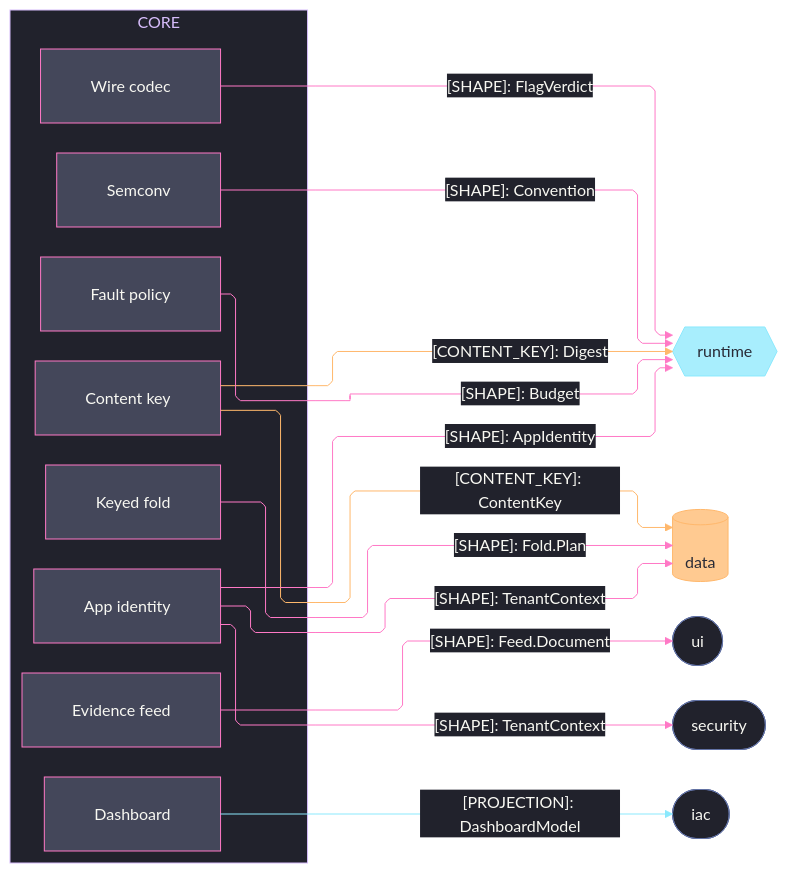
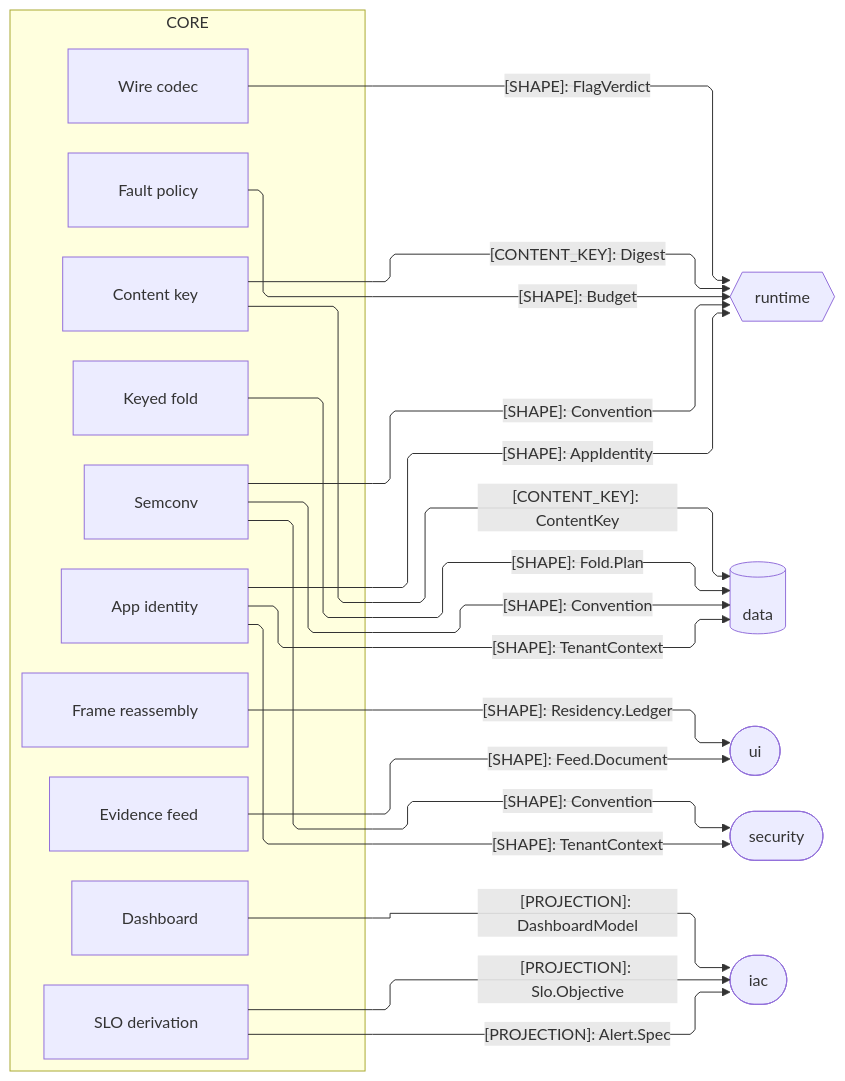
Before and after one commit to bsamiee/Rasm: the third of 3 diagrams in libs/typescript/core/ARCHITECTURE.md, drawn with Mermaid. The commit also changed other lines of this file and 460 other files, not shown here.

````diff
--- a/libs/typescript/core/ARCHITECTURE.md
+++ b/libs/typescript/core/ARCHITECTURE.md
@@ -209,71 +153,45 @@
 ```mermaid
 ---
 config:
-  theme: base
-  look: classic
   layout: elk
   flowchart:
     curve: linear
     padding: 25
-  themeVariables:
-    darkMode: true
-    fontFamily: "SF Mono, Menlo, Cascadia Mono, Segoe UI Mono, Consolas, monospace"
-    useGradient: false
-    dropShadow: "none"
-    background: "#282A36"
-    primaryColor: "#44475A"
-    primaryTextColor: "#F8F8F2"
-    primaryBorderColor: "#BD93F9"
-    lineColor: "#FF79C6"
-    textColor: "#F8F8F2"
-    clusterBkg: "#21222C"
-    clusterBorder: "#D6BCFA"
-    edgeLabelBackground: "#21222C"
-    labelBackgroundColor: "#21222C"
-    titleColor: "#D6BCFA"
-  themeCSS: ".nodeLabel{font-size:13px;font-weight:500}.edgeLabel{font-size:12px;font-weight:500}.cluster-label .nodeLabel{font-size:13.5px;font-weight:700;letter-spacing:.08em}.edge-thickness-normal{stroke-width:2px}.edge-thickness-thick{stroke-width:3px}.edge-pattern-dashed,.edge-pattern-dotted{stroke-width:1.5px;stroke-dasharray:4 6}.node rect,.node circle,.node polygon,.node path,.node .outer-path{stroke-width:1.5px;filter:none!important}.cluster rect{stroke-width:1px!important;stroke-dasharray:5 4!important;filter:none!important}.marker path{transform:scale(.8);transform-origin:5px 5px}.marker circle{transform:scale(.48);transform-origin:5px 5px}.edgeLabel rect{transform-box:fill-box;transform-origin:center;transform:scale(1.1,1.2)}"
 ---
 flowchart LR
     accTitle: Core TypeScript sibling seam registry
     accDescr: Core value, state, interchange, and observe owners handing content identity and decoded shapes to the data, runtime, ui, security, and iac siblings, edge rails colored by kind and nodes classed by seam direction.
     subgraph core[CORE]
         ContentKey[Content key]
         Codec[Wire codec]
+        Frame[Frame reassembly]
         Fold[Keyed fold]
         Feed[Evidence feed]
         Identity[App identity]
         Fault[Fault policy]
         Convention[Semconv]
+        Slo[SLO derivation]
         Board[Dashboard]
     end
     Runtime{{runtime}}
     Data[(data)]
     Ui([ui])
     Security([security])
     Iac([iac])
     ContentKey e1@-->|"[CONTENT_KEY]: ContentKey"| Data
     ContentKey e2@-->|"[CONTENT_KEY]: Digest"| Runtime
     Codec e3@-->|"[SHAPE]: FlagVerdict"| Runtime
     Fold e4@-->|"[SHAPE]: Fold.Plan"| Data
     Feed e5@-->|"[SHAPE]: Feed.Document"| Ui
     Identity e6@-->|"[SHAPE]: TenantContext"| Security
     Identity e7@-->|"[SHAPE]: TenantContext"| Data
     Identity e8@-->|"[SHAPE]: AppIdentity"| Runtime
     Fault e9@-->|"[SHAPE]: Budget"| Runtime
     Convention e10@-->|"[SHAPE]: Convention"| Runtime
+    Convention e12@-->|"[SHAPE]: Convention"| Data
+    Convention e13@-->|"[SHAPE]: Convention"| Security
     Board e11@-->|"[PROJECTION]: DashboardModel"| Iac
-    classDef primary fill:#44475A,stroke:#FF79C6,color:#F8F8F2
-    classDef external fill:#8BE9FDBF,stroke:#8BE9FD,color:#282A36
-    classDef data fill:#FFB86CBF,stroke:#FFB86C,color:#282A36
-    classDef annotation fill:#21222C,stroke:#6272A4,color:#F8F8F2
-    classDef edgeData stroke:#FFB86C,color:#F8F8F2
-    classDef edgeControl stroke:#FF79C6,color:#F8F8F2
-    classDef edgeExternal stroke:#8BE9FD,color:#F8F8F2
-    class ContentKey,Codec,Fold,Feed,Identity,Fault,Convention,Board primary
-    class Runtime external
-    class Data data
-    class Ui,Security,Iac annotation
-    class e1,e2 edgeData
-    class e3,e4,e5,e6,e7,e8,e9,e10 edgeControl
-    class e11 edgeExternal
+    Slo e14@-->|"[PROJECTION]: Alert.Spec"| Iac
+    Frame e15@-->|"[SHAPE]: Residency.Ledger"| Ui
+    Slo e16@-->|"[PROJECTION]: Slo.Objective"| Iac
 ```
````
